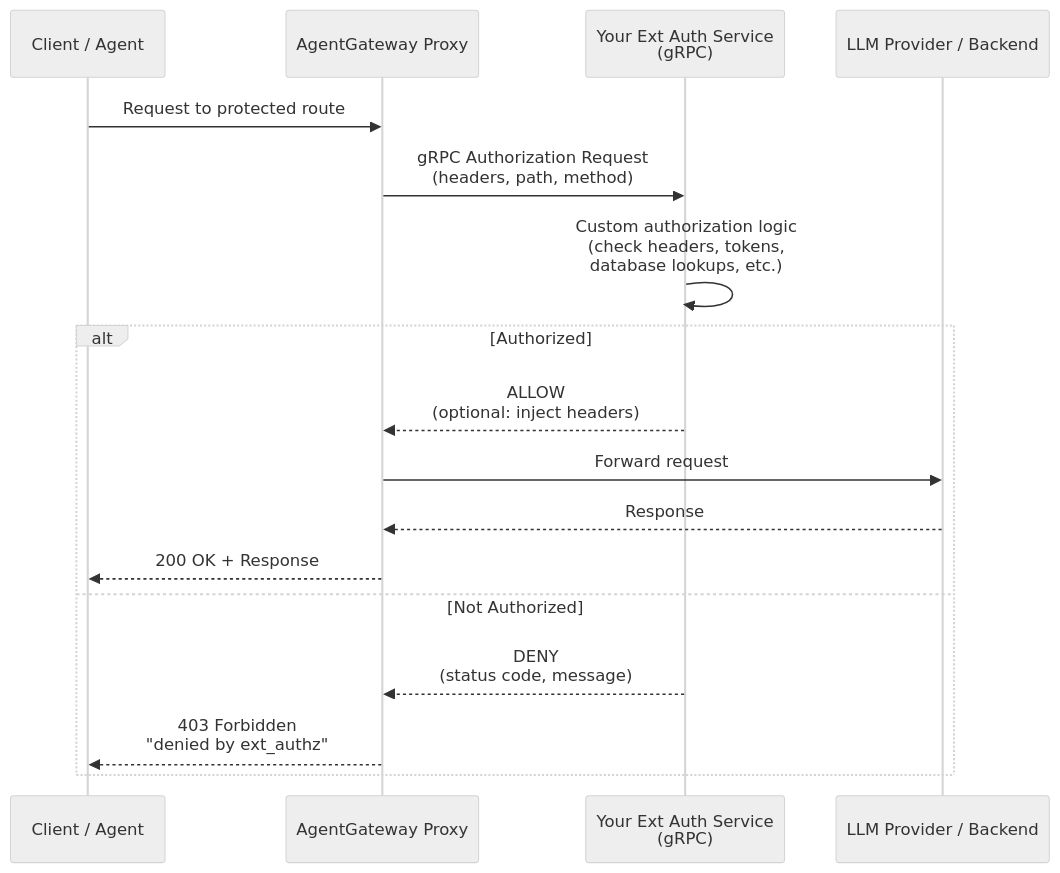
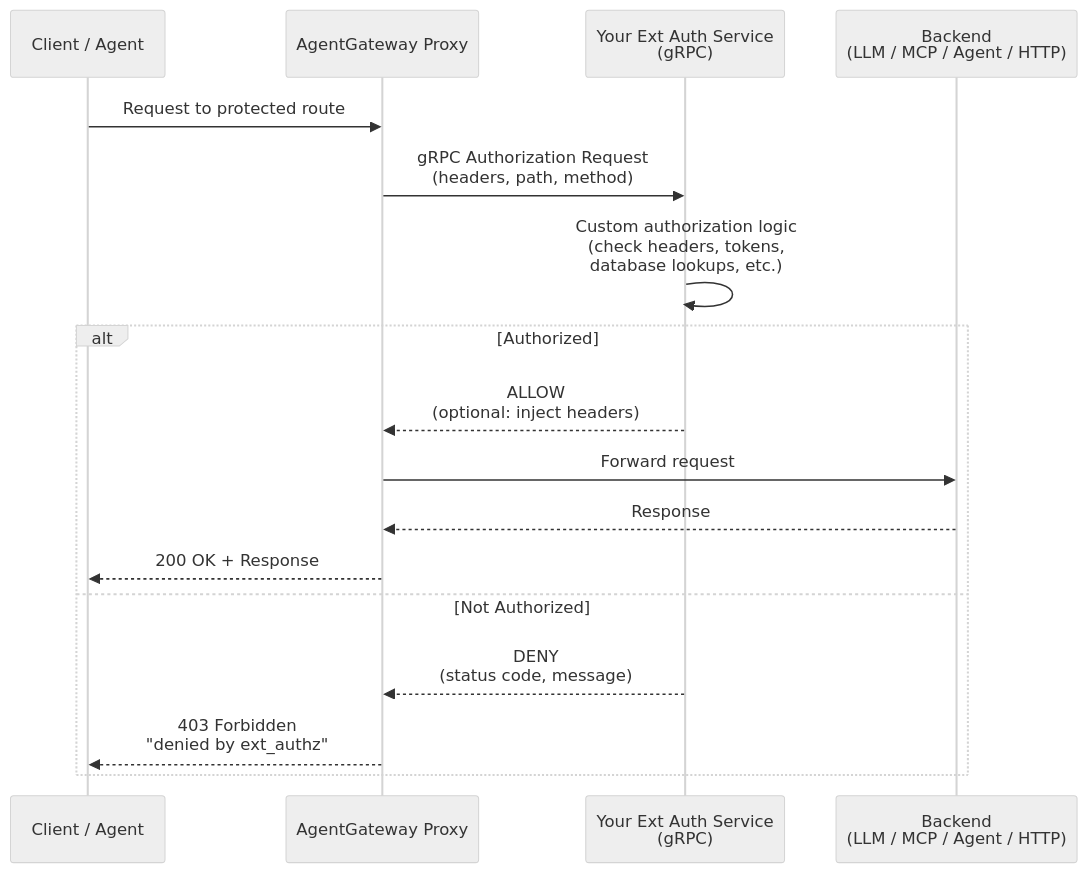
The sixth of 14 diagrams in agentgateway/security/README.md (find-arka/diagrams), drawn with Mermaid (neutral theme) before and after one commit. The commit also changed other lines of this file, not shown here.

````diff
--- a/agentgateway/security/README.md
+++ b/agentgateway/security/README.md
@@ -294,23 +324,23 @@
 ```mermaid
 sequenceDiagram
     participant C as Client / Agent
     participant AGW as AgentGateway Proxy
     participant BYO as Your Ext Auth Service<br/>(gRPC)
-    participant LLM as LLM Provider / Backend
+    participant Backend as Backend<br/>(LLM / MCP / Agent / HTTP)
 
     C->>AGW: Request to protected route
 
     AGW->>BYO: gRPC Authorization Request<br/>(headers, path, method)
 
     BYO->>BYO: Custom authorization logic<br/>(check headers, tokens,<br/>database lookups, etc.)
 
     alt Authorized
         BYO-->>AGW: ALLOW<br/>(optional: inject headers)
-        AGW->>LLM: Forward request
-        LLM-->>AGW: Response
+        AGW->>Backend: Forward request
+        Backend-->>AGW: Response
         AGW-->>C: 200 OK + Response
     else Not Authorized
         BYO-->>AGW: DENY<br/>(status code, message)
         AGW-->>C: 403 Forbidden<br/>"denied by ext_authz"
     end
 ```
````
